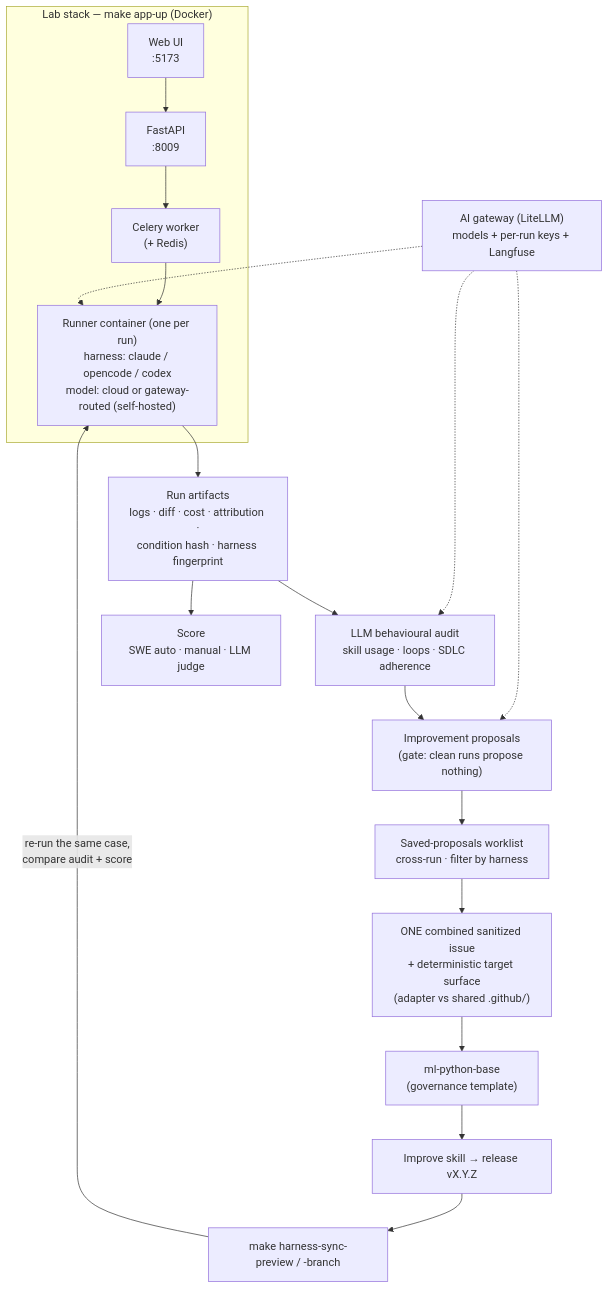
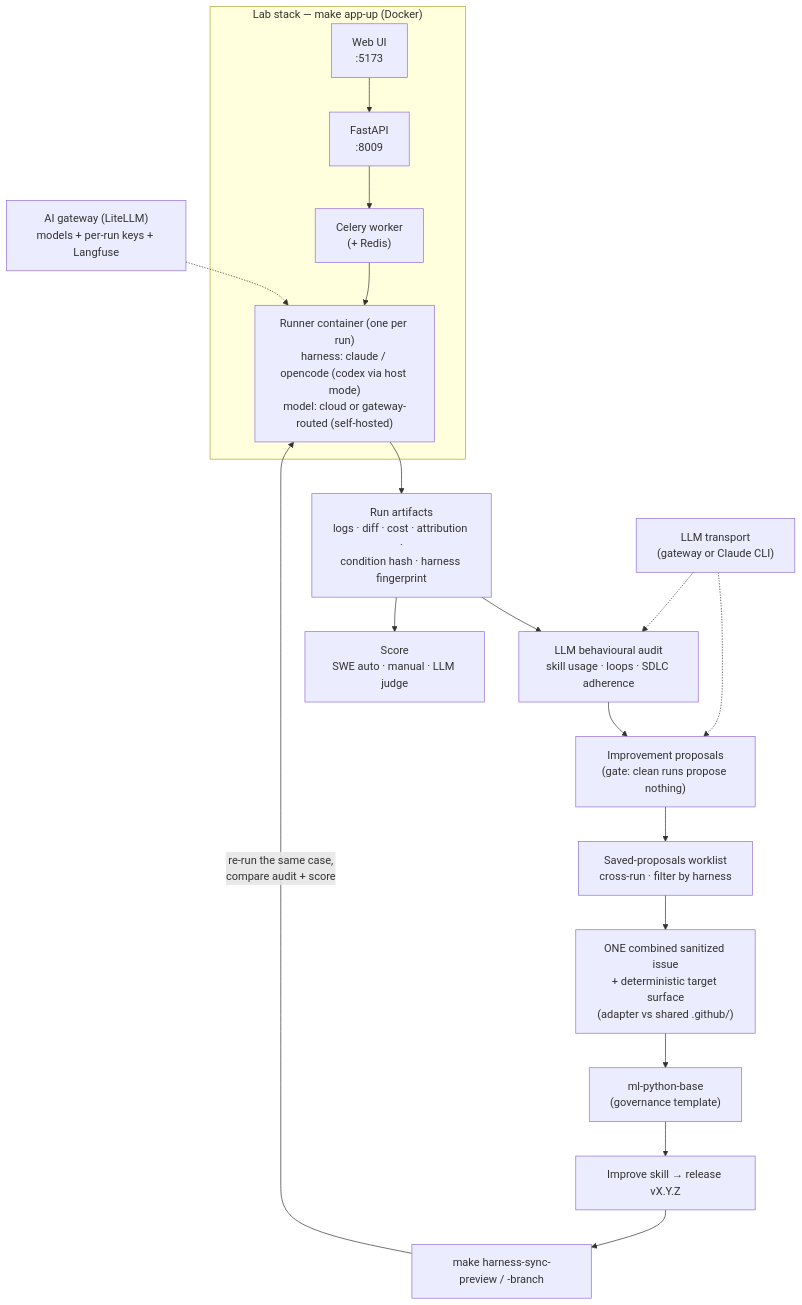
One commit to xmartlabs/sdlc-ml-python-harness-lab changed the diagram in README.md. Above: the diagram before and after it, drawn with Mermaid. The commit also changed other lines of this file and 129 other files, not shown here.

````diff
--- a/README.md
+++ b/README.md
@@ -80,23 +89,23 @@
 ```mermaid
 flowchart TB
     subgraph stack["Lab stack — make app-up (Docker)"]
         UI["Web UI<br/>:5173"] --> API["FastAPI<br/>:8009"]
         API --> W["Celery worker<br/>(+ Redis)"]
-        W --> RUN["Runner container (one per run)<br/>harness: claude / opencode / codex<br/>model: cloud or gateway-routed (self-hosted)"]
+        W --> RUN["Runner container (one per run)<br/>harness: claude / opencode (codex via host mode)<br/>model: cloud or gateway-routed (self-hosted)"]
     end
 
     GW["AI gateway (LiteLLM)<br/>models + per-run keys + Langfuse"] -.-> RUN
-    GW -.-> AUD
-    GW -.-> IMP
+    LLM["LLM transport<br/>(gateway or Claude CLI)"] -.-> AUD
+    LLM -.-> IMP
 
     RUN --> ART["Run artifacts<br/>logs · diff · cost · attribution ·<br/>condition hash · harness fingerprint"]
     ART --> SCORE["Score<br/>SWE auto · manual · LLM judge"]
     ART --> AUD["LLM behavioural audit<br/>skill usage · loops · SDLC adherence"]
     AUD --> IMP["Improvement proposals<br/>(gate: clean runs propose nothing)"]
     IMP --> WL["Saved-proposals worklist<br/>cross-run · filter by harness"]
     WL --> ISSUE["ONE combined sanitized issue<br/>+ deterministic target surface<br/>(adapter vs shared .github/)"]
     ISSUE --> MPB["ml-python-base<br/>(governance template)"]
     MPB --> REL["Improve skill → release vX.Y.Z"]
     REL --> SYNC["make harness-sync-preview / -branch"]
     SYNC -->|"re-run the same case,<br/>compare audit + score"| RUN
 ```
````
